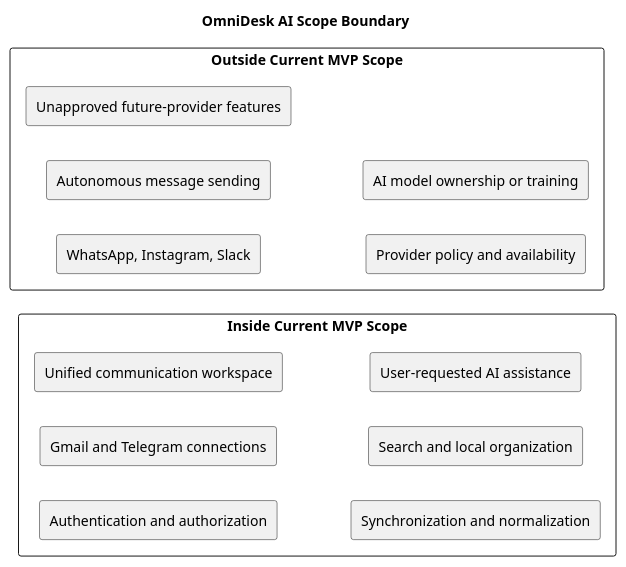
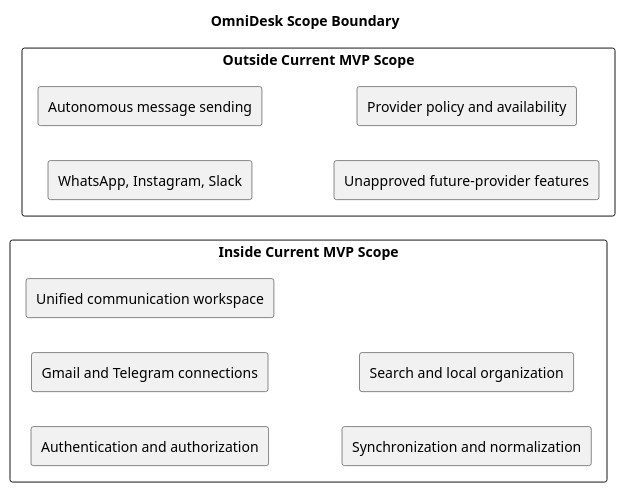
Before and after one commit to Farhad-Valizadegan/Web-OmniDesk: the diagram in docs/Project-Definition/diagrams/scope-boundary-diagram.puml, drawn with PlantUML. The commit also changed 177 other files, not shown here.

Commit message:
Prepare OmniDesk MVP and secure per-user integrations

```diff
--- a/docs/Project-Definition/diagrams/scope-boundary-diagram.puml
+++ b/docs/Project-Definition/diagrams/scope-boundary-diagram.puml
@@ -1,23 +1,21 @@
 @startuml
-title OmniDesk AI Scope Boundary
+title OmniDesk Scope Boundary
 
 left to right direction
 skinparam componentStyle rectangle
 
 rectangle "Inside Current MVP Scope" as In {
   rectangle "Authentication and authorization" as A
   rectangle "Gmail and Telegram connections" as B
   rectangle "Unified communication workspace" as C
   rectangle "Synchronization and normalization" as D
   rectangle "Search and local organization" as E
-  rectangle "User-requested AI assistance" as F
 }
 
 rectangle "Outside Current MVP Scope" as Out {
   rectangle "WhatsApp, Instagram, Slack" as G
   rectangle "Autonomous message sending" as H
   rectangle "Unapproved future-provider features" as I
   rectangle "Provider policy and availability" as J
-  rectangle "AI model ownership or training" as K
 }
 @enduml
```
